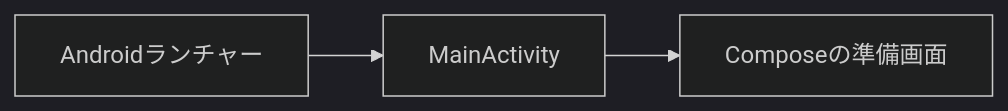
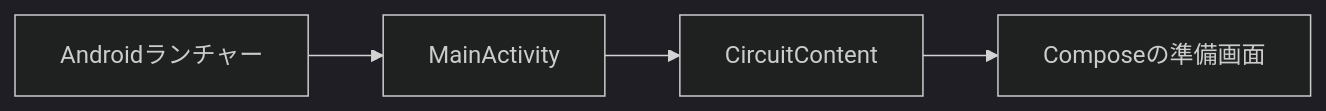
The second of 2 diagrams in docs/29_Androidアプリ設計.md (pitekusu/shittim-chest), drawn with Mermaid (dark theme) before and after one commit. The commit also changed other lines of this file and 12 other files, not shown here.

````diff
--- a/docs/29_Androidアプリ設計.md
+++ b/docs/29_Androidアプリ設計.md
@@ -39,5 +61,6 @@
 ```mermaid
 flowchart LR
     Launcher[Androidランチャー] --> Activity[MainActivity]
-    Activity --> Compose[Composeの準備画面]
+    Activity --> Circuit[CircuitContent]
+    Circuit --> Compose[Composeの準備画面]
 ```
````
